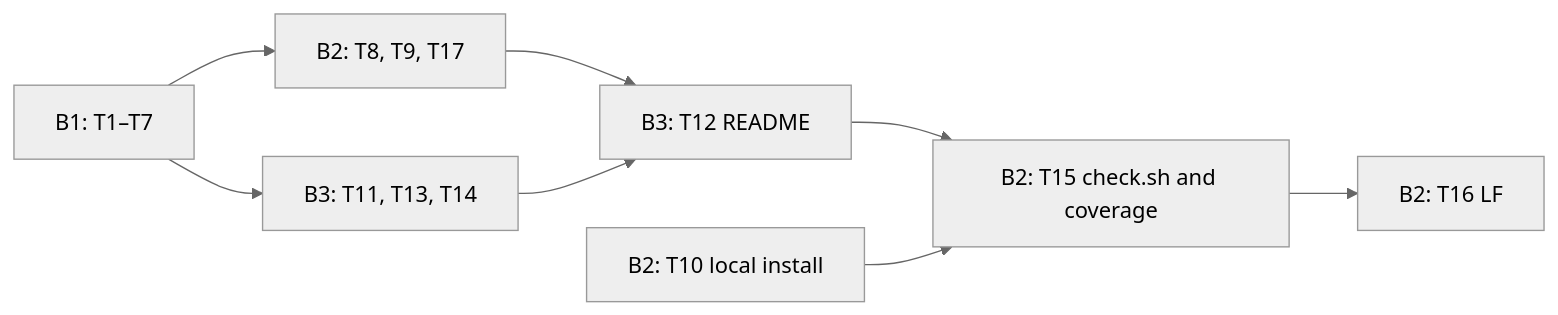
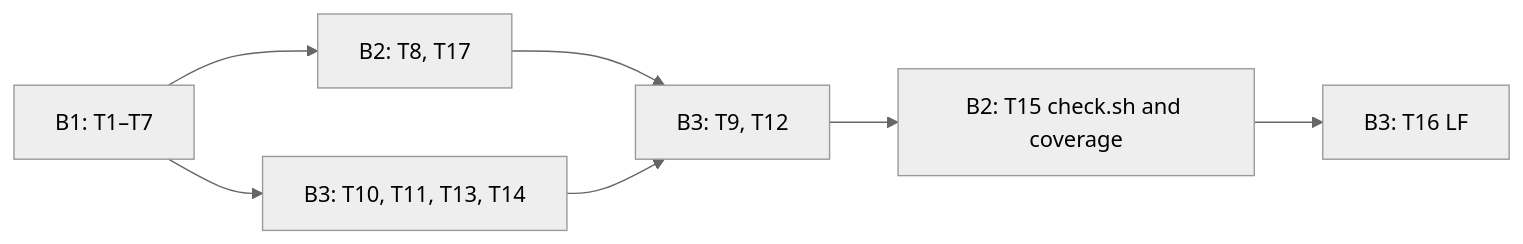
The diagram in docs/plans/2026-10-28-mermaid-tty-v1-B-docs-release.md (D0n9X1n/mermaid-tty), drawn with Mermaid (neutral theme) before and after one commit. The commit also changed other lines of this file and 3 other files, not shown here.

````diff
--- a/docs/plans/2026-10-28-mermaid-tty-v1-B-docs-release.md
+++ b/docs/plans/2026-10-28-mermaid-tty-v1-B-docs-release.md
@@ -133,10 +135,9 @@
 ```mermaid
 flowchart LR
-  B1["B1: T1–T7"] --> B2a["B2: T8, T9, T17"]
-  B1 --> B3a["B3: T11, T13, T14"]
-  B2a --> T12["B3: T12 README"]
-  B3a --> T12
-  T12 --> T15["B2: T15 check.sh and coverage"]
-  T10["B2: T10 local install"] --> T15
-  T15 --> T16["B2: T16 LF"]
+  B1["B1: T1–T7"] --> B2a["B2: T8, T17"]
+  B1 --> B3a["B3: T10, T11, T13, T14"]
+  B2a --> B3b["B3: T9, T12"]
+  B3a --> B3b
+  B3b --> T15["B2: T15 check.sh and coverage"]
+  T15 --> T16["B3: T16 LF"]
 ```
````
